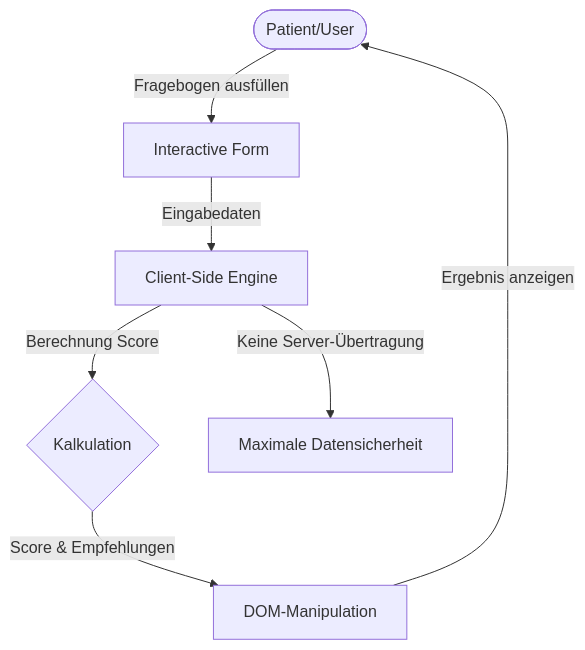
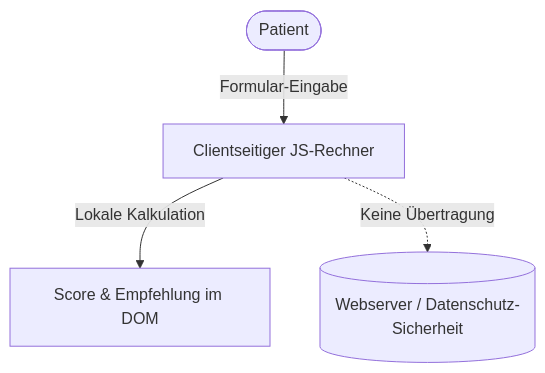
Before and after one commit to BGA360/bridgenta-portfolio: the diagram in src/content/projects/luminapraxisds.md, drawn with Mermaid. The commit also changed other lines of this file and 5 other files, not shown here.

````diff
--- a/src/content/projects/luminapraxisds.md
+++ b/src/content/projects/luminapraxisds.md
@@ -26,9 +56,6 @@
 ```mermaid
 graph TD
-    User([Patient/User]) -->|Fragebogen ausfüllen| UI[Interactive Form]
-    UI -->|Eingabedaten| JS[Client-Side Engine]
-    JS -->|Berechnung Score| Calc{Kalkulation}
-    Calc -->|Score & Empfehlungen| Render[DOM-Manipulation]
-    Render -->|Ergebnis anzeigen| User
-    JS -->|Keine Server-Übertragung| Privacy[Maximale Datensicherheit]
+    User([Patient]) -->|Formular-Eingabe| Rechner[Clientseitiger JS-Rechner]
+    Rechner -->|Lokale Kalkulation| Ergebnis[Score & Empfehlung im DOM]
+    Rechner -.->|Keine Übertragung| Server[(Webserver / Datenschutz-Sicherheit)]
 ```
````
